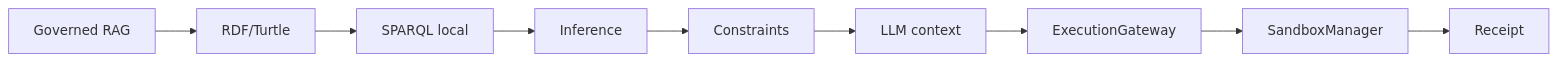
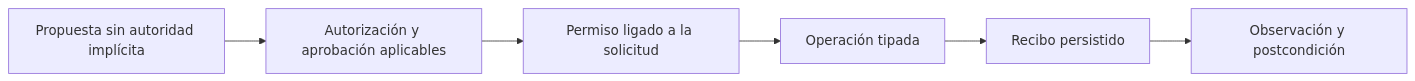
One commit to MarcValls/BAGO_AGENTIC_DATA_LAB changed the third of 5 diagrams in README.md. Above: the diagram before and after it, drawn with Mermaid. The commit also changed other lines of this file and 34 other files, not shown here.

````diff
--- a/README.md
+++ b/README.md
@@ -106,20 +157,8 @@
 ```mermaid
 flowchart LR
-    RAG["Governed RAG"]
-    RDF["RDF/Turtle"]
-    SPARQL["SPARQL local"]
-    INFERENCE["Inference"]
-    CONSTRAINTS["Constraints"]
-    LLM["LLM context"]
-    GATEWAY["ExecutionGateway"]
-    SANDBOX["SandboxManager"]
-    RECEIPT["Receipt"]
-    RAG --> RDF
-    RDF --> SPARQL
-    SPARQL --> INFERENCE
-    INFERENCE --> CONSTRAINTS
-    CONSTRAINTS --> LLM
-    LLM --> GATEWAY
-    GATEWAY --> SANDBOX
-    SANDBOX --> RECEIPT
+    P["Propuesta sin autoridad implícita"] --> A["Autorización y aprobación aplicables"]
+    A --> PERMIT["Permiso ligado a la solicitud"]
+    PERMIT --> EFFECT["Operación tipada"]
+    EFFECT --> RECEIPT["Recibo persistido"]
+    RECEIPT --> VERIFY["Observación y postcondición"]
 ```
````
